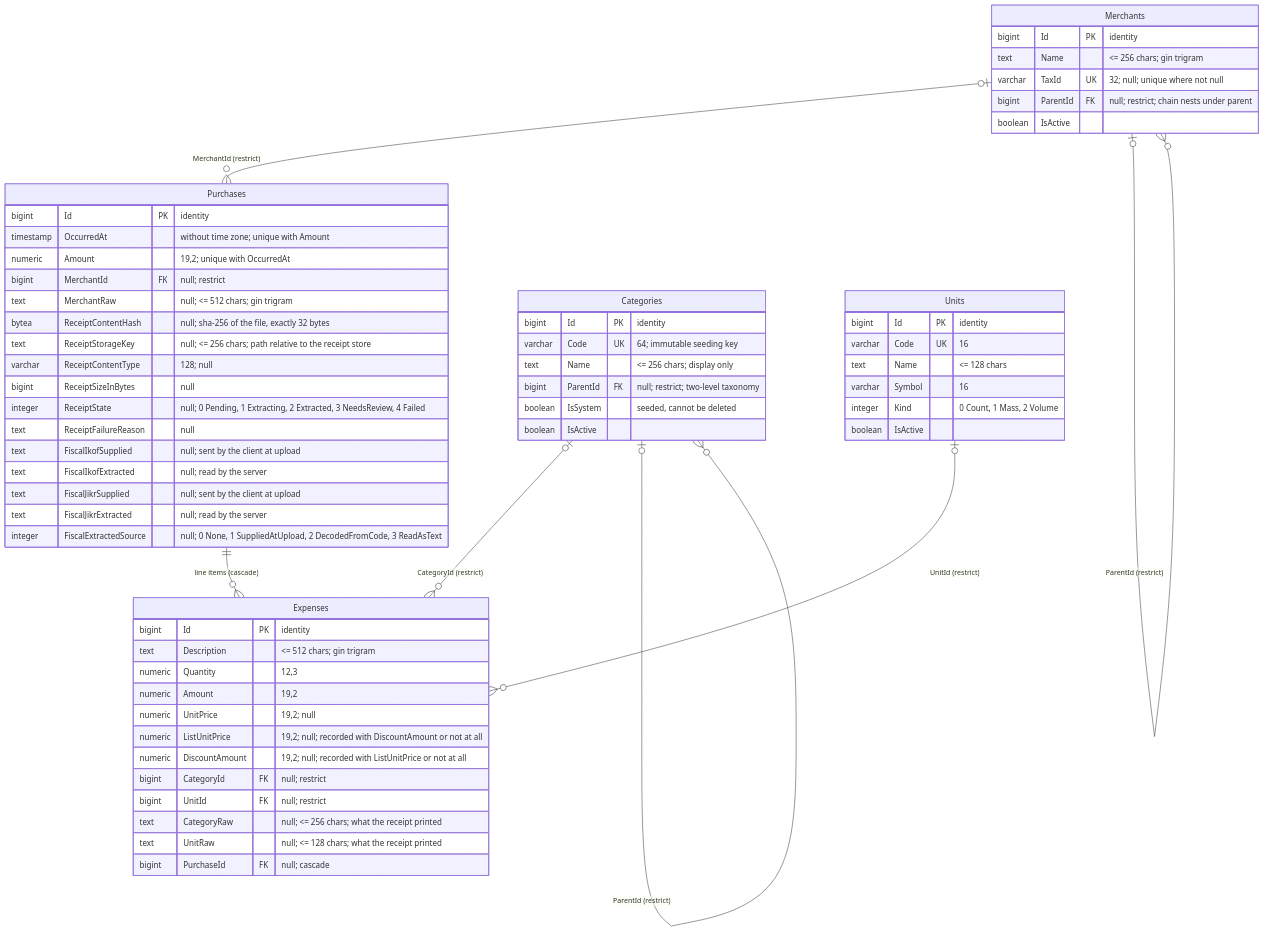
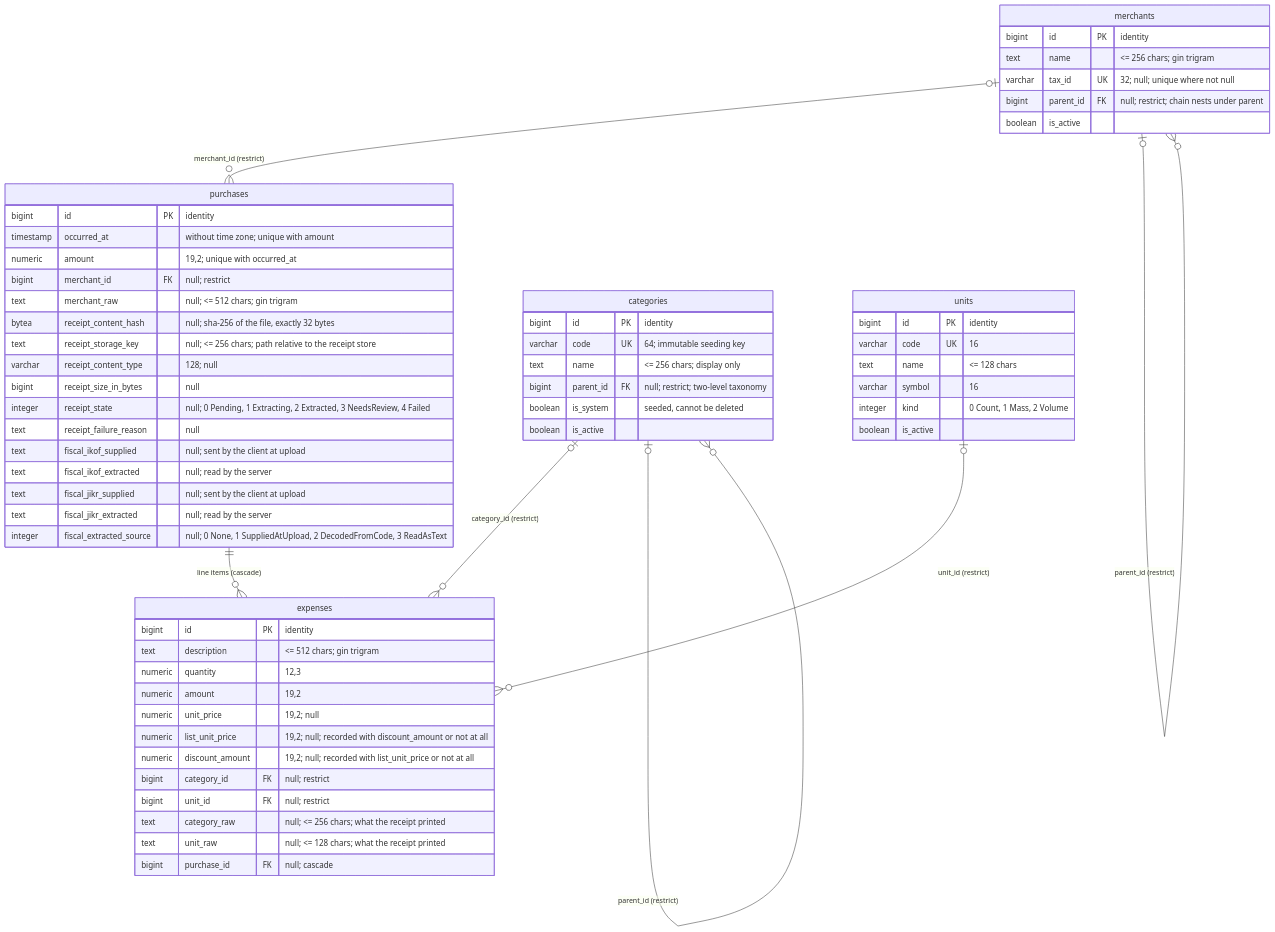
Before and after one commit to azhukov/expenses: the diagram in BE/db/schema.md, drawn with Mermaid. The commit also changed other lines of this file and 61 other files, not shown here.

````diff
--- a/BE/db/schema.md
+++ b/BE/db/schema.md
@@ -33,69 +33,69 @@
 ```mermaid
 erDiagram
-    Purchases ||--o{ Expenses : "line items (cascade)"
-    Merchants |o--o{ Purchases : "MerchantId (restrict)"
-    Categories |o--o{ Expenses : "CategoryId (restrict)"
-    Units |o--o{ Expenses : "UnitId (restrict)"
-    Categories |o--o{ Categories : "ParentId (restrict)"
-    Merchants |o--o{ Merchants : "ParentId (restrict)"
+    purchases ||--o{ expenses : "line items (cascade)"
+    merchants |o--o{ purchases : "merchant_id (restrict)"
+    categories |o--o{ expenses : "category_id (restrict)"
+    units |o--o{ expenses : "unit_id (restrict)"
+    categories |o--o{ categories : "parent_id (restrict)"
+    merchants |o--o{ merchants : "parent_id (restrict)"
 
-    Purchases {
-        bigint Id PK "identity"
-        timestamp OccurredAt "without time zone; unique with Amount"
-        numeric Amount "19,2; unique with OccurredAt"
-        bigint MerchantId FK "null; restrict"
-        text MerchantRaw "null; <= 512 chars; gin trigram"
-        bytea ReceiptContentHash "null; sha-256 of the file, exactly 32 bytes"
-        text ReceiptStorageKey "null; <= 256 chars; path relative to the receipt store"
-        varchar ReceiptContentType "128; null"
-        bigint ReceiptSizeInBytes "null"
-        integer ReceiptState "null; 0 Pending, 1 Extracting, 2 Extracted, 3 NeedsReview, 4 Failed"
-        text ReceiptFailureReason "null"
-        text FiscalIkofSupplied "null; sent by the client at upload"
-        text FiscalIkofExtracted "null; read by the server"
-        text FiscalJikrSupplied "null; sent by the client at upload"
-        text FiscalJikrExtracted "null; read by the server"
-        integer FiscalExtractedSource "null; 0 None, 1 SuppliedAtUpload, 2 DecodedFromCode, 3 ReadAsText"
+    purchases {
+        bigint id PK "identity"
+        timestamp occurred_at "without time zone; unique with amount"
+        numeric amount "19,2; unique with occurred_at"
+        bigint merchant_id FK "null; restrict"
+        text merchant_raw "null; <= 512 chars; gin trigram"
+        bytea receipt_content_hash "null; sha-256 of the file, exactly 32 bytes"
+        text receipt_storage_key "null; <= 256 chars; path relative to the receipt store"
+        varchar receipt_content_type "128; null"
+        bigint receipt_size_in_bytes "null"
+        integer receipt_state "null; 0 Pending, 1 Extracting, 2 Extracted, 3 NeedsReview, 4 Failed"
+        text receipt_failure_reason "null"
+        text fiscal_ikof_supplied "null; sent by the client at upload"
+        text fiscal_ikof_extracted "null; read by the server"
+        text fiscal_jikr_supplied "null; sent by the client at upload"
+        text fiscal_jikr_extracted "null; read by the server"
+        integer fiscal_extracted_source "null; 0 None, 1 SuppliedAtUpload, 2 DecodedFromCode, 3 ReadAsText"
     }
 
-    Expenses {
-        bigint Id PK "identity"
-        text Description "<= 512 chars; gin trigram"
-        numeric Quantity "12,3"
-        numeric Amount "19,2"
-        numeric UnitPrice "19,2; null"
-        numeric ListUnitPrice "19,2; null; recorded with DiscountAmount or not at all"
-        numeric DiscountAmount "19,2; null; recorded with ListUnitPrice or not at all"
-        bigint CategoryId FK "null; restrict"
-        bigint UnitId FK "null; restrict"
-        text CategoryRaw "null; <= 256 chars; what the receipt printed"
-        text UnitRaw "null; <= 128 chars; what the receipt printed"
-        bigint PurchaseId FK "null; cascade"
+    expenses {
+        bigint id PK "identity"
+        text description "<= 512 chars; gin trigram"
+        numeric quantity "12,3"
+        numeric amount "19,2"
+        numeric unit_price "19,2; null"
+        numeric list_unit_price "19,2; null; recorded with discount_amount or not at all"
+        numeric discount_amount "19,2; null; recorded with list_unit_price or not at all"
+        bigint category_id FK "null; restrict"
+        bigint unit_id FK "null; restrict"
+        text category_raw "null; <= 256 chars; what the receipt printed"
+        text unit_raw "null; <= 128 chars; what the receipt printed"
+        bigint purchase_id FK "null; cascade"
     }
 
-    Categories {
-        bigint Id PK "identity"
-        varchar Code UK "64; immutable seeding key"
-        text Name "<= 256 chars; display only"
-        bigint ParentId FK "null; restrict; two-level taxonomy"
-        boolean IsSystem "seeded, cannot be deleted"
-        boolean IsActive
+    categories {
+        bigint id PK "identity"
+        varchar code UK "64; immutable seeding key"
+        text name "<= 256 chars; display only"
+        bigint parent_id FK "null; restrict; two-level taxonomy"
+        boolean is_system "seeded, cannot be deleted"
+        boolean is_active
     }
 
-    Units {
-        bigint Id PK "identity"
-        varchar Code UK "16"
-        text Name "<= 128 chars"
-        varchar Symbol "16"
-        integer Kind "0 Count, 1 Mass, 2 Volume"
-        boolean IsActive
+    units {
+        bigint id PK "identity"
+        varchar code UK "16"
+        text name "<= 128 chars"
+        varchar symbol "16"
+        integer kind "0 Count, 1 Mass, 2 Volume"
+        boolean is_active
     }
 
-    Merchants {
-        bigint Id PK "identity"
-        text Name "<= 256 chars; gin trigram"
-        varchar TaxId UK "32; null; unique where not null"
-        bigint ParentId FK "null; restrict; chain nests under parent"
-        boolean IsActive
+    merchants {
+        bigint id PK "identity"
+        text name "<= 256 chars; gin trigram"
+        varchar tax_id UK "32; null; unique where not null"
+        bigint parent_id FK "null; restrict; chain nests under parent"
+        boolean is_active
     }
 ```
````
